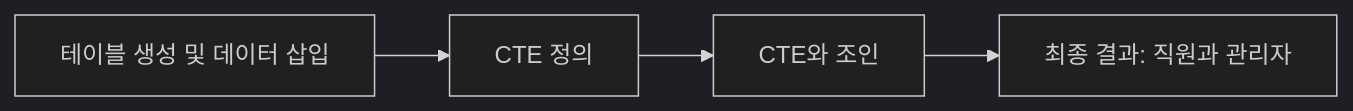
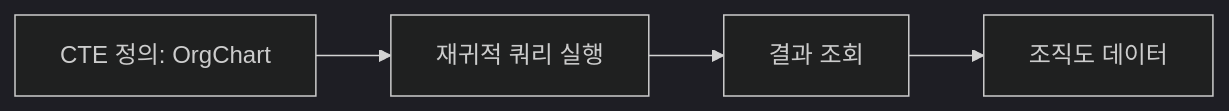
One commit to data-jeong/FromSQLBasicsToPro-MySQL changed the diagram in 3.Advanced/01_Advanced_Query_Techniques/1.CTE/README.md. Above: the diagram before and after it, drawn with Mermaid (dark theme). The commit also changed other lines of this file, not shown here.

````diff
--- a/3.Advanced/01_Advanced_Query_Techniques/1.CTE/README.md
+++ b/3.Advanced/01_Advanced_Query_Techniques/1.CTE/README.md
@@ -54,6 +46,6 @@
 ```mermaid
 graph LR
-    A[테이블 생성 및 데이터 삽입] --> B[CTE 정의]
-    B --> C[CTE와 조인]
-    C --> D[최종 결과: 직원과 관리자]
+    A[CTE 정의: OrgChart] --> B[재귀적 쿼리 실행]
+    B --> C[결과 조회]
+    C --> D[조직도 데이터]
 ```
````
